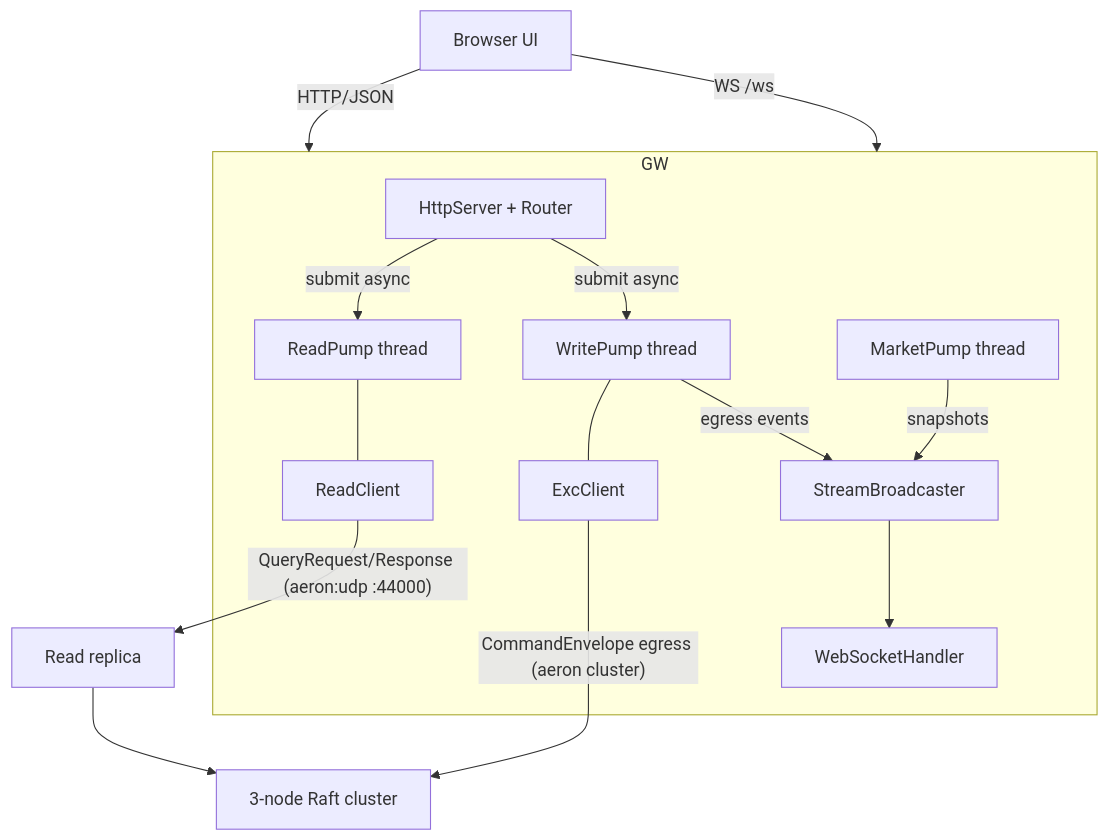
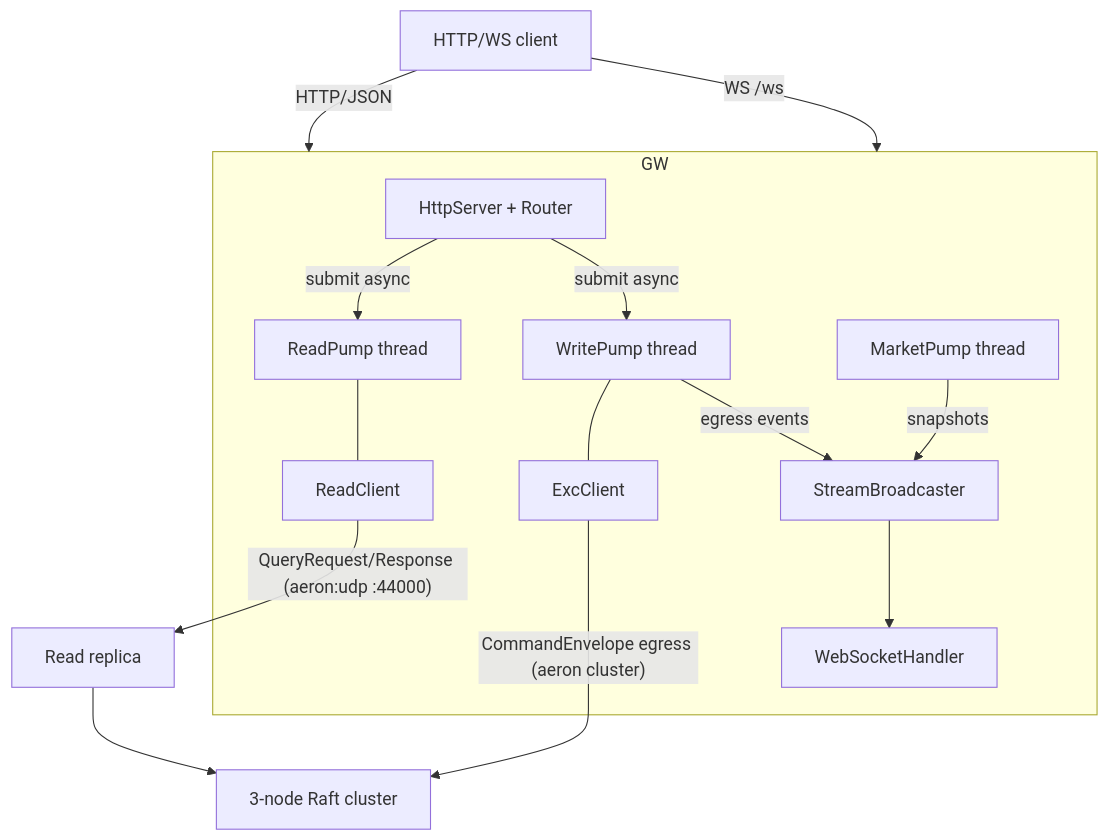
Before and after one commit to brianpht/excoredum: the first of 2 diagrams in docs/GATEWAY.md, drawn with Mermaid. The commit also changed other lines of this file and 26 other files, not shown here.

````diff
--- a/docs/GATEWAY.md
+++ b/docs/GATEWAY.md
@@ -33,21 +33,21 @@
 ```mermaid
 flowchart TB
-    UI[Browser UI] --HTTP/JSON--> GW[exc-gateway Netty]
-    UI --WS /ws--> GW
+    CLI[HTTP/WS client] --HTTP/JSON--> GW[exc-gateway Netty]
+    CLI --WS /ws--> GW
     subgraph GW
         HTTP[HttpServer + Router]
         READP[ReadPump thread] --- RC[ReadClient]
         WRITEP[WritePump thread] --- WC[ExcClient]
         WS[WebSocketHandler]
         BC[StreamBroadcaster]
         MP[MarketPump thread]
         HTTP -->|submit async| READP
         HTTP -->|submit async| WRITEP
         WRITEP -->|egress events| BC
         MP -->|snapshots| BC
         BC --> WS
     end
     RC --QueryRequest/Response (aeron:udp :44000)--> REP[Read replica]
     WC --CommandEnvelope egress (aeron cluster)--> CL[3-node Raft cluster]
     REP --> CL
 ```
````
